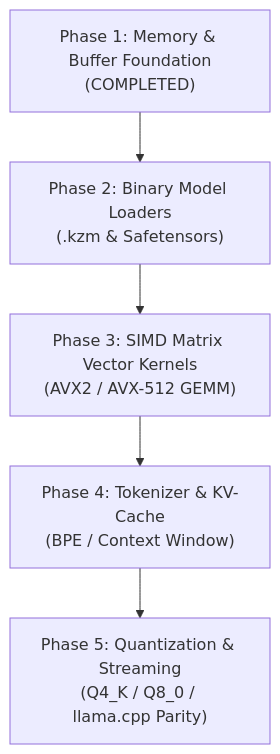
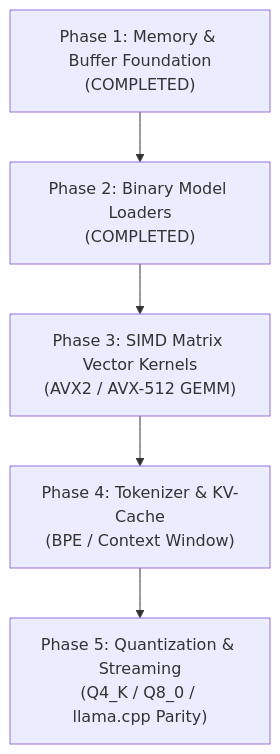
Before and after one commit to kazlang/kaz: the diagram in docs/AI_ENGINE_ROADMAP.md, drawn with Mermaid. The commit also changed other lines of this file and 2 other files, not shown here.

Commit message:
feat(ai-engine): update binary and docs with Phase 2 zero-copy binary model loaders (mmap)

````diff
--- a/docs/AI_ENGINE_ROADMAP.md
+++ b/docs/AI_ENGINE_ROADMAP.md
@@ -20,7 +20,7 @@
 ```mermaid
 flowchart TD
-    M1["Phase 1: Memory & Buffer Foundation<br/>(COMPLETED)"] --> M2["Phase 2: Binary Model Loaders<br/>(.kzm & Safetensors)"]
+    M1["Phase 1: Memory & Buffer Foundation<br/>(COMPLETED)"] --> M2["Phase 2: Binary Model Loaders<br/>(COMPLETED)"]
     M2 --> M3["Phase 3: SIMD Matrix Vector Kernels<br/>(AVX2 / AVX-512 GEMM)"]
     M3 --> M4["Phase 4: Tokenizer & KV-Cache<br/>(BPE / Context Window)"]
     M4 --> M5["Phase 5: Quantization & Streaming<br/>(Q4_K / Q8_0 / llama.cpp Parity)"]
 ```
````
